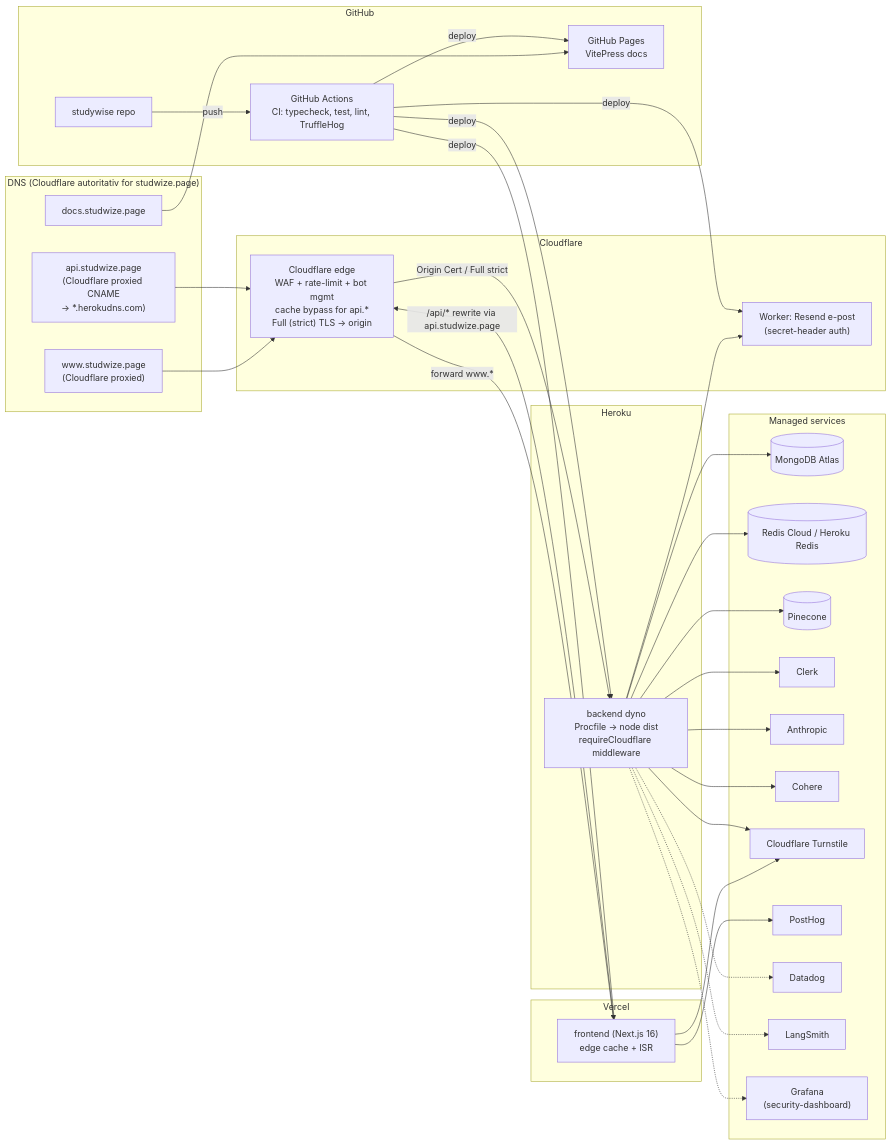
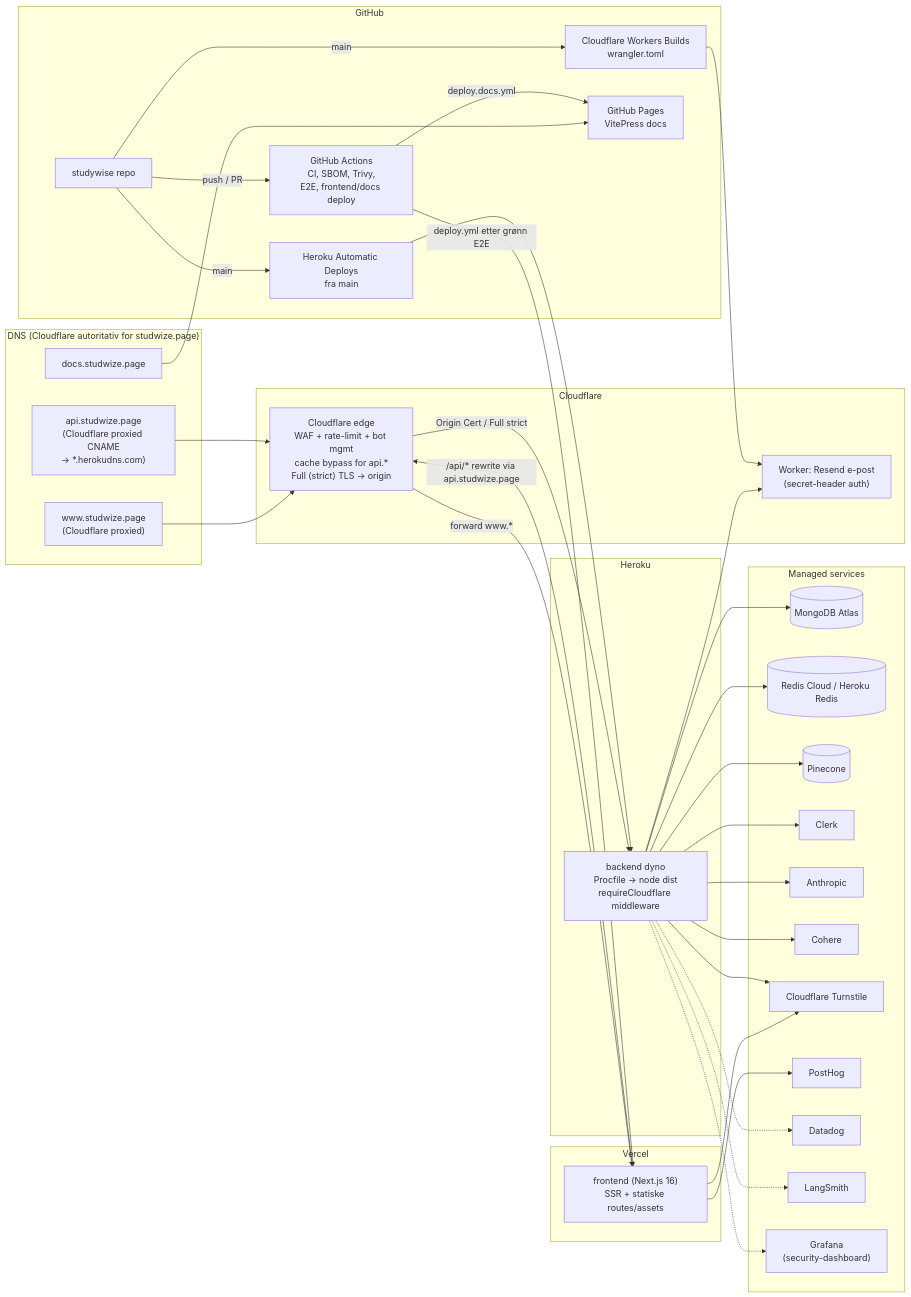
The diagram in filer_prosjekt/diagrammer/10-deployment-arkitektur.md (26zl/StudyWise), drawn with Mermaid before and after one commit. The commit also changed 67 other files, not shown here.

Commit message:
Mitigert for supply chain attacks og oppdatert diagrammer.

````diff
--- a/filer_prosjekt/diagrammer/10-deployment-arkitektur.md
+++ b/filer_prosjekt/diagrammer/10-deployment-arkitektur.md
@@ -11,68 +11,70 @@
 ```mermaid
 flowchart LR
     subgraph DNS["DNS (Cloudflare autoritativ for studwize.page)"]
         WWW["www.studwize.page<br/>(Cloudflare proxied)"]
         API["api.studwize.page<br/>(Cloudflare proxied CNAME<br/>→ *.herokudns.com)"]
         DOCS_DNS["docs.studwize.page"]
     end
 
     subgraph Vercel["Vercel"]
-        FE["frontend (Next.js 16)<br/>edge cache + ISR"]
+        FE["frontend (Next.js 16)<br/>SSR + statiske routes/assets"]
     end
 
     subgraph Heroku["Heroku"]
         BE["backend dyno<br/>Procfile -> node dist<br/>requireCloudflare middleware"]
     end
 
     subgraph GH["GitHub"]
         REPO["studywise repo"]
-        ACT["GitHub Actions<br/>CI: typecheck, test, lint, TruffleHog"]
+        ACT["GitHub Actions<br/>CI, SBOM, Trivy,<br/>E2E, frontend/docs deploy"]
+        HEROKU_AUTO["Heroku Automatic Deploys<br/>fra main"]
+        CF_BUILD["Cloudflare Workers Builds<br/>wrangler.toml"]
         PAGES["GitHub Pages<br/>VitePress docs"]
     end
 
     subgraph CF["Cloudflare"]
         CFEDGE["Cloudflare edge<br/>WAF + rate-limit + bot mgmt<br/>cache bypass for api.*<br/>Full (strict) TLS → origin"]
         WK["Worker: Resend e-post<br/>(secret-header auth)"]
     end
 
     subgraph Managed["Managed services"]
         ATLAS[("MongoDB Atlas")]
         RC[("Redis Cloud / Heroku Redis")]
         PC[("Pinecone")]
         CLERK["Clerk"]
         ANT["Anthropic"]
         COH["Cohere"]
         TS["Cloudflare Turnstile"]
         PH["PostHog"]
         DD["Datadog"]
         LS["LangSmith"]
         GR["Grafana<br/>(security-dashboard)"]
     end
 
     WWW --> CFEDGE
     CFEDGE -->|forward www.*| FE
     API --> CFEDGE
     CFEDGE -->|Origin Cert / Full strict| BE
     DOCS_DNS --> PAGES
 
     FE -->|/api/* rewrite via api.studwize.page| CFEDGE
     BE --> ATLAS
     BE --> RC
     BE --> PC
     BE --> CLERK
     BE --> ANT
     BE --> COH
     BE --> WK
     FE --> TS
     BE --> TS
     FE --> PH
     BE -.-> DD
     BE -.-> LS
     BE -.-> GR
 
-    REPO -->|push| ACT
-    ACT -->|deploy| FE
-    ACT -->|deploy| BE
-    ACT -->|deploy| PAGES
-    ACT -->|deploy| WK
+    REPO -->|push / PR| ACT
+    ACT -->|deploy.yml etter grønn E2E| FE
+    ACT -->|deploy.docs.yml| PAGES
+    REPO -->|main| HEROKU_AUTO --> BE
+    REPO -->|main| CF_BUILD --> WK
 ```
````
